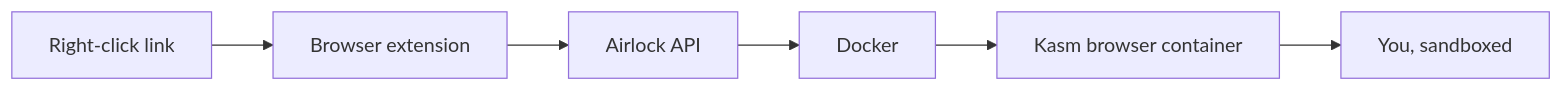
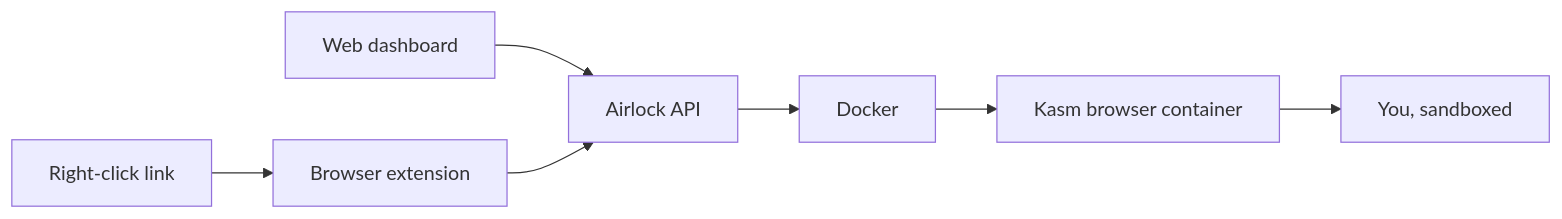
One commit to dotbrains/airlock changed the diagram in README.md. Above: the diagram before and after it, drawn with Mermaid. The commit also changed other lines of this file and 84 other files, not shown here.

First line of the commit message:
feat: web dashboard, auth, provider deploy adapters, and full docs (#1)

````diff
--- a/README.md
+++ b/README.md
@@ -16,8 +21,9 @@
 ```mermaid
 flowchart LR
+    Dash[Web dashboard] --> API[Airlock API]
     Link[Right-click link] --> Ext[Browser extension]
-    Ext --> API[Airlock API]
+    Ext --> API
     API --> Docker[Docker]
     Docker --> Browser[Kasm browser container]
     Browser --> User[You, sandboxed]
 ```
````
